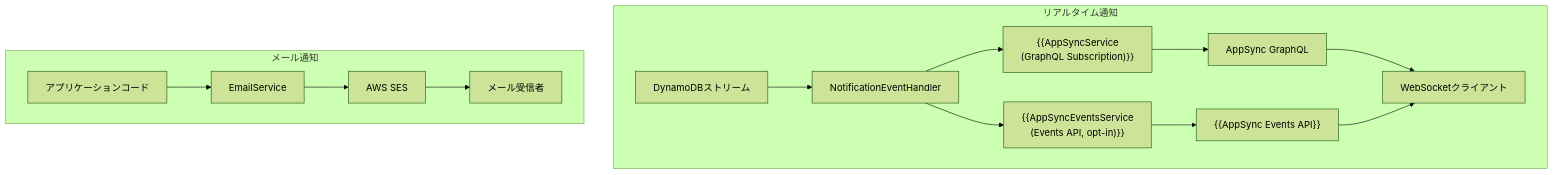
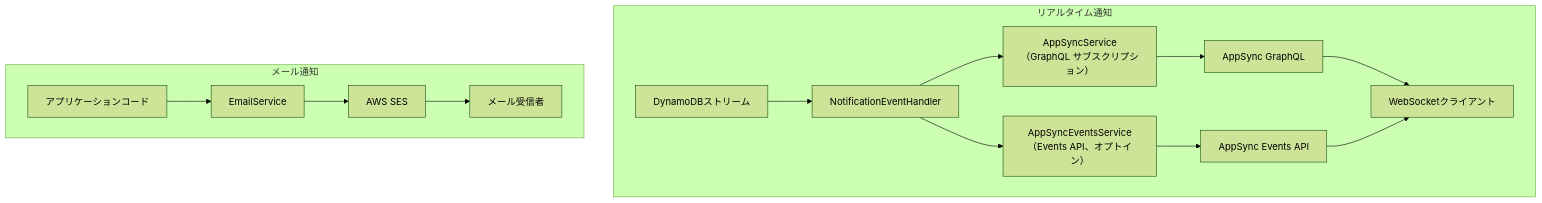
One commit to mbc-net/mbc-cqrs-serverless-doc changed the diagram in i18n/ja/docusaurus-plugin-content-docs/current/notification-module.md. Above: the diagram before and after it, drawn with Mermaid (forest theme). The commit also changed other lines of this file and 19 other files, not shown here.

````diff
--- a/i18n/ja/docusaurus-plugin-content-docs/current/notification-module.md
+++ b/i18n/ja/docusaurus-plugin-content-docs/current/notification-module.md
@@ -14,18 +14,18 @@
 ```mermaid
 graph TB
     subgraph "リアルタイム通知"
         A["DynamoDBストリーム"] --> B["NotificationEventHandler"]
-        B --> C["{{AppSyncService\n(GraphQL Subscription)}}"]
-        B --> C2["{{AppSyncEventsService\n(Events API, opt-in)}}"]
+        B --> C["AppSyncService\n（GraphQL サブスクリプション）"]
+        B --> C2["AppSyncEventsService\n（Events API、オプトイン）"]
         C --> D["AppSync GraphQL"]
-        C2 --> D2["{{AppSync Events API}}"]
+        C2 --> D2["AppSync Events API"]
         D --> E["WebSocketクライアント"]
         D2 --> E
     end
 
     subgraph "メール通知"
         F["アプリケーションコード"] --> G["EmailService"]
         G --> H["AWS SES"]
         H --> I["メール受信者"]
     end
 ```
````
